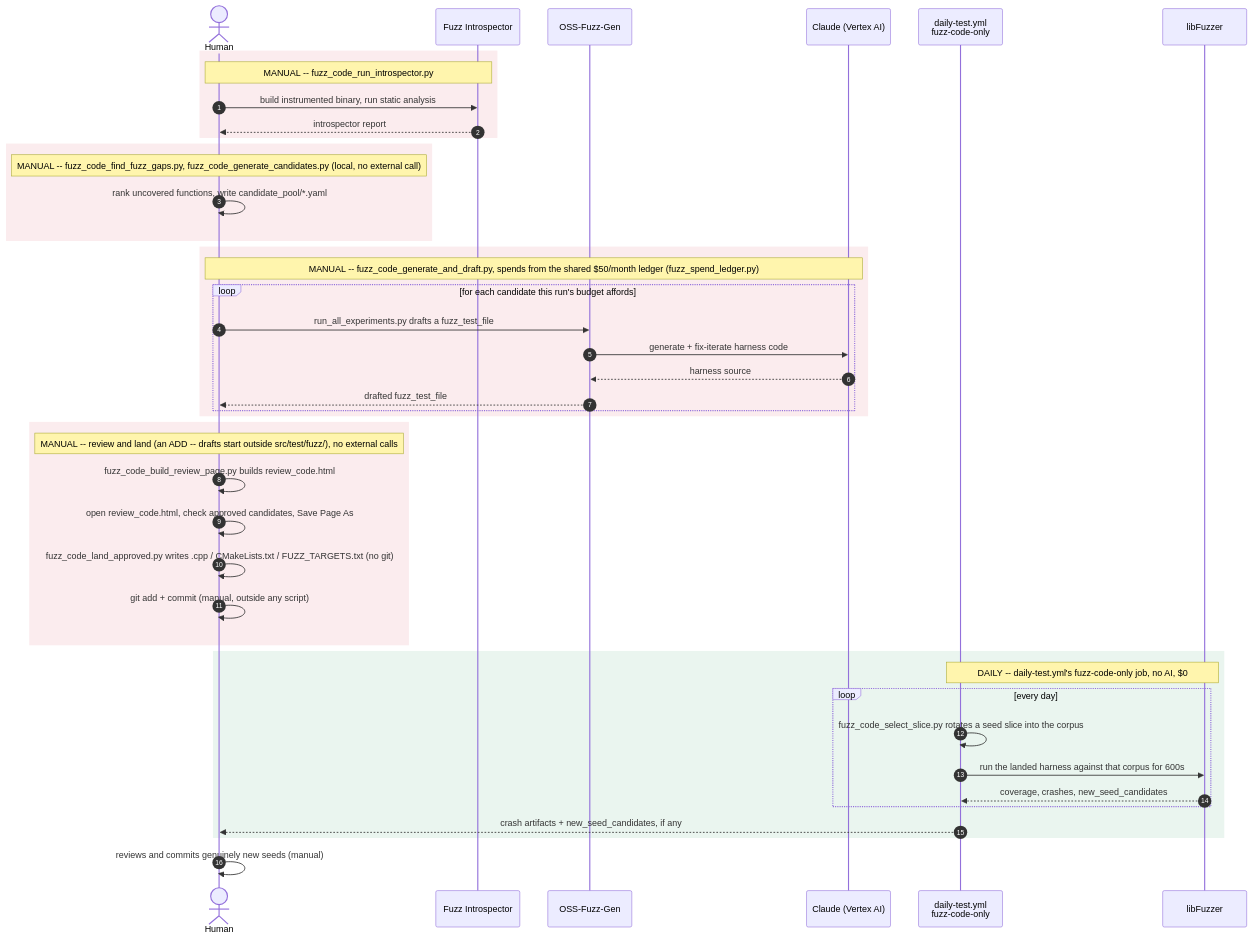
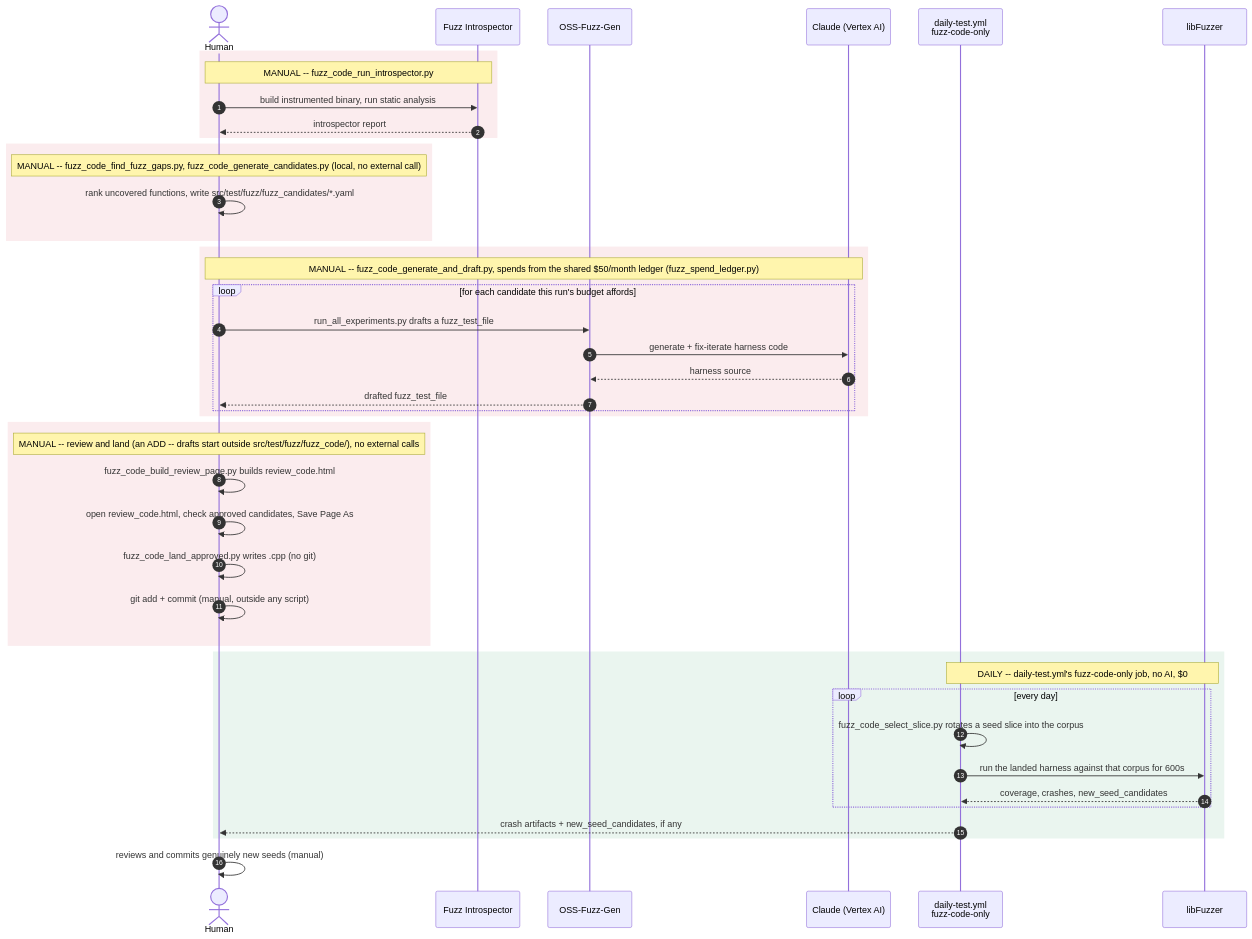
One commit to chaintope/tapyrus-core changed the first of 2 diagrams in contrib/fuzz/PIPELINE.md. Above: the diagram before and after it, drawn with Mermaid. The commit also changed other lines of this file and 68 other files, not shown here.

First line of the commit message:
Reorganize fuzz-testing layout by CI-vs-manual, fix reorg-adjacent bugs

````diff
--- a/contrib/fuzz/PIPELINE.md
+++ b/contrib/fuzz/PIPELINE.md
@@ -22,50 +22,50 @@
 ```mermaid
 sequenceDiagram
     autonumber
     actor Human
     participant Intro as Fuzz Introspector
     participant OFG as OSS-Fuzz-Gen
     participant Claude as Claude (Vertex AI)
     participant CI as daily-test.yml<br/>fuzz-code-only
     participant LF as libFuzzer
 
     rect rgb(251, 236, 238)
     Note over Human,Intro: MANUAL -- fuzz_code_run_introspector.py
     Human->>Intro: build instrumented binary, run static analysis
     Intro-->>Human: introspector report
     end
 
     rect rgb(251, 236, 238)
     Note over Human: MANUAL -- fuzz_code_find_fuzz_gaps.py, fuzz_code_generate_candidates.py (local, no external call)
-    Human->>Human: rank uncovered functions, write candidate_pool/*.yaml
+    Human->>Human: rank uncovered functions, write src/test/fuzz/fuzz_candidates/*.yaml
     end
 
     rect rgb(251, 236, 238)
     Note over Human,Claude: MANUAL -- fuzz_code_generate_and_draft.py, spends from the shared $50/month ledger (fuzz_spend_ledger.py)
     loop for each candidate this run's budget affords
         Human->>OFG: run_all_experiments.py drafts a fuzz_test_file
         OFG->>Claude: generate + fix-iterate harness code
         Claude-->>OFG: harness source
         OFG-->>Human: drafted fuzz_test_file
     end
     end
 
     rect rgb(251, 236, 238)
-    Note over Human: MANUAL -- review and land (an ADD -- drafts start outside src/test/fuzz/), no external calls
+    Note over Human: MANUAL -- review and land (an ADD -- drafts start outside src/test/fuzz/fuzz_code/), no external calls
     Human->>Human: fuzz_code_build_review_page.py builds review_code.html
     Human->>Human: open review_code.html, check approved candidates, Save Page As
-    Human->>Human: fuzz_code_land_approved.py writes .cpp / CMakeLists.txt / FUZZ_TARGETS.txt (no git)
+    Human->>Human: fuzz_code_land_approved.py writes .cpp (no git)
     Human->>Human: git add + commit (manual, outside any script)
     end
 
     rect rgb(234, 245, 239)
     Note over CI,LF: DAILY -- daily-test.yml's fuzz-code-only job, no AI, $0
     loop every day
         CI->>CI: fuzz_code_select_slice.py rotates a seed slice into the corpus
         CI->>LF: run the landed harness against that corpus for 600s
         LF-->>CI: coverage, crashes, new_seed_candidates
     end
     CI-->>Human: crash artifacts + new_seed_candidates, if any
     end
     Human->>Human: reviews and commits genuinely new seeds (manual)
 ```
````
